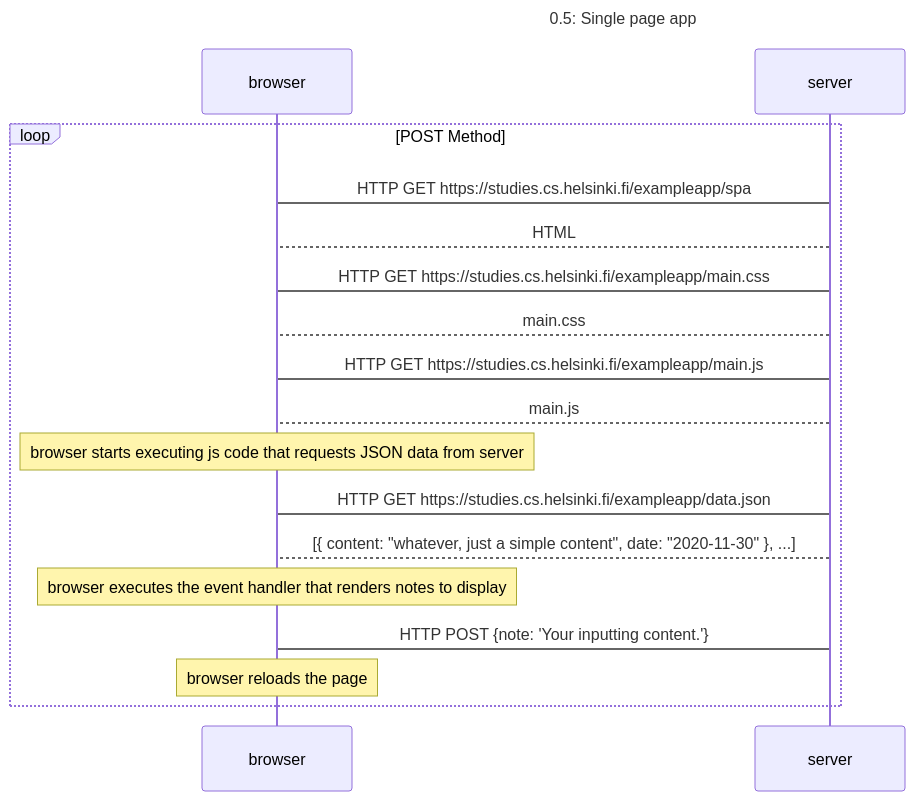
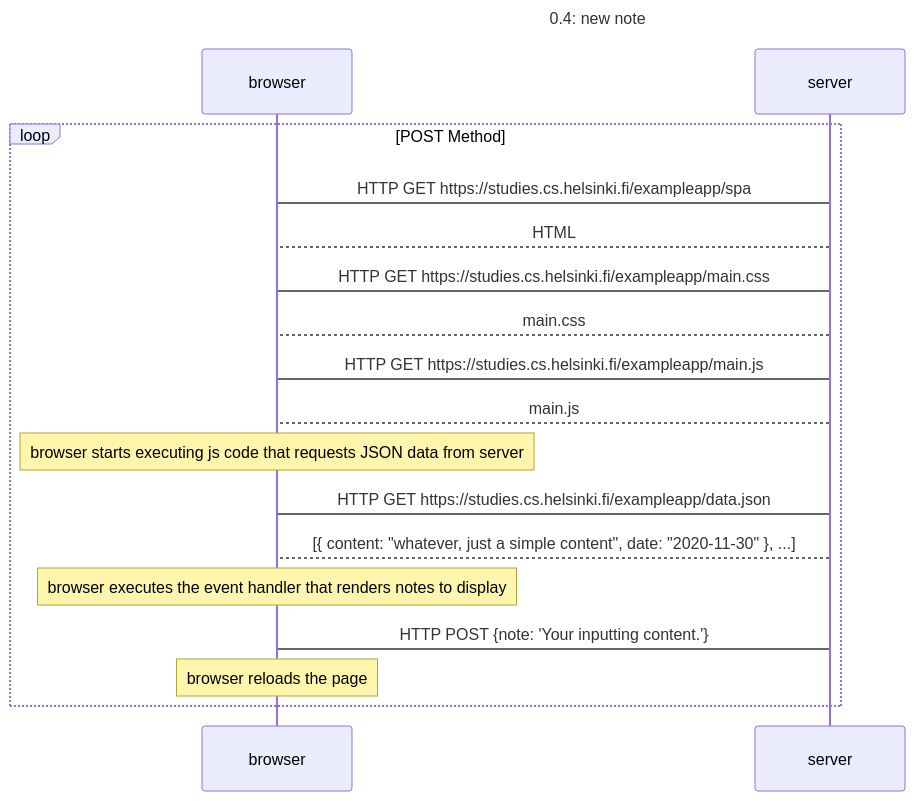
Before and after one commit to Zeroto521/Full-Stack-Open-2020-Exercises: the diagram in part0/0.4.md, drawn with Mermaid. The commit also changed other lines of this file and 1 other file, not shown here.

Commit message:
use local image to replace live link

````diff
--- a/part0/0.4.md
+++ b/part0/0.4.md
@@ -3,24 +3,24 @@
 ```mermaid
 sequenceDiagram
-    Title: 0.5: Single page app
+    Title: 0.4: new note
 
     loop POST Method
         browser->server: HTTP GET https://studies.cs.helsinki.fi/exampleapp/spa
         server-->browser: HTML
         browser->server: HTTP GET https://studies.cs.helsinki.fi/exampleapp/main.css
         server-->browser: main.css
         browser->server: HTTP GET https://studies.cs.helsinki.fi/exampleapp/main.js
         server-->browser: main.js
 
         note over browser: browser starts executing js code that requests JSON data from server
 
         browser->server: HTTP GET https://studies.cs.helsinki.fi/exampleapp/data.json
         server-->browser: [{ content: "whatever, just a simple content", date: "2020-11-30" }, ...]
 
         note over browser: browser executes the event handler that renders notes to display
 
         browser->server: HTTP POST {note: 'Your inputting content.'}
 
         note over browser: browser reloads the page
     end
 ```
````
